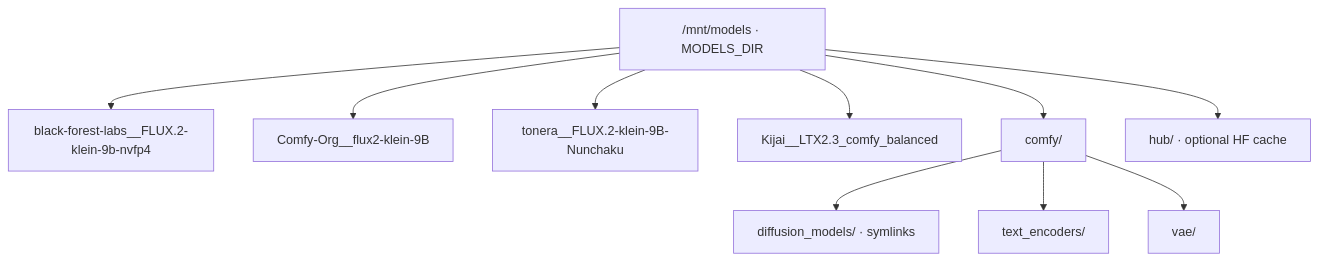
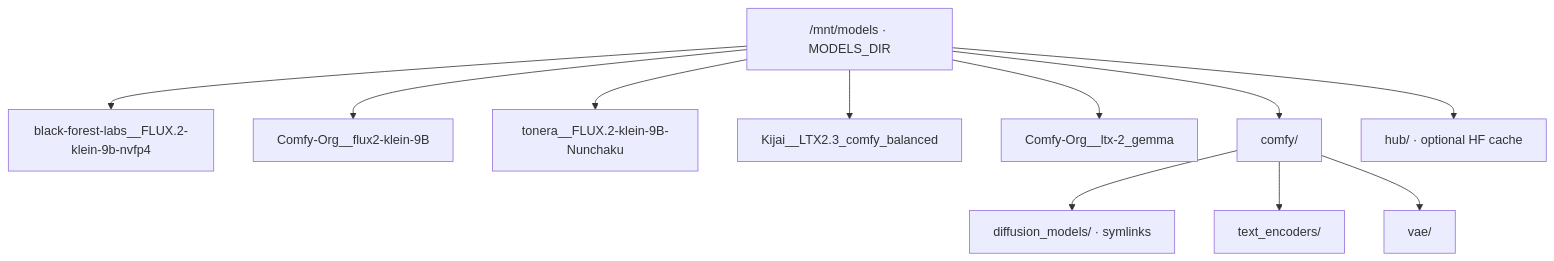
One commit to toxicoder/ez-comfy-stack changed the first of 4 diagrams in docs/models-and-cache.md. Above: the diagram before and after it, drawn with Mermaid. The commit also changed other lines of this file and 16 other files, not shown here.

First line of the commit message:
fix: repair LTX DualCLIP Gemma TE and runtime gcc for Triton

````diff
--- a/docs/models-and-cache.md
+++ b/docs/models-and-cache.md
@@ -82,13 +83,14 @@
 ```mermaid
 flowchart TB
   Root["/mnt/models · MODELS_DIR"]
   Root --> Flux1["black-forest-labs__FLUX.2-klein-9b-nvfp4"]
   Root --> Comp["Comfy-Org__flux2-klein-9B"]
   Root --> Flux2["tonera__FLUX.2-klein-9B-Nunchaku"]
   Root --> Ltx["Kijai__LTX2.3_comfy_balanced"]
+  Root --> Gemma["Comfy-Org__ltx-2_gemma"]
   Root --> Comfy["comfy/"]
   Root --> Hub["hub/ · optional HF cache"]
   Comfy --> DM["diffusion_models/ · symlinks"]
   Comfy --> TE["text_encoders/"]
   Comfy --> VAE["vae/"]
 ```
````
